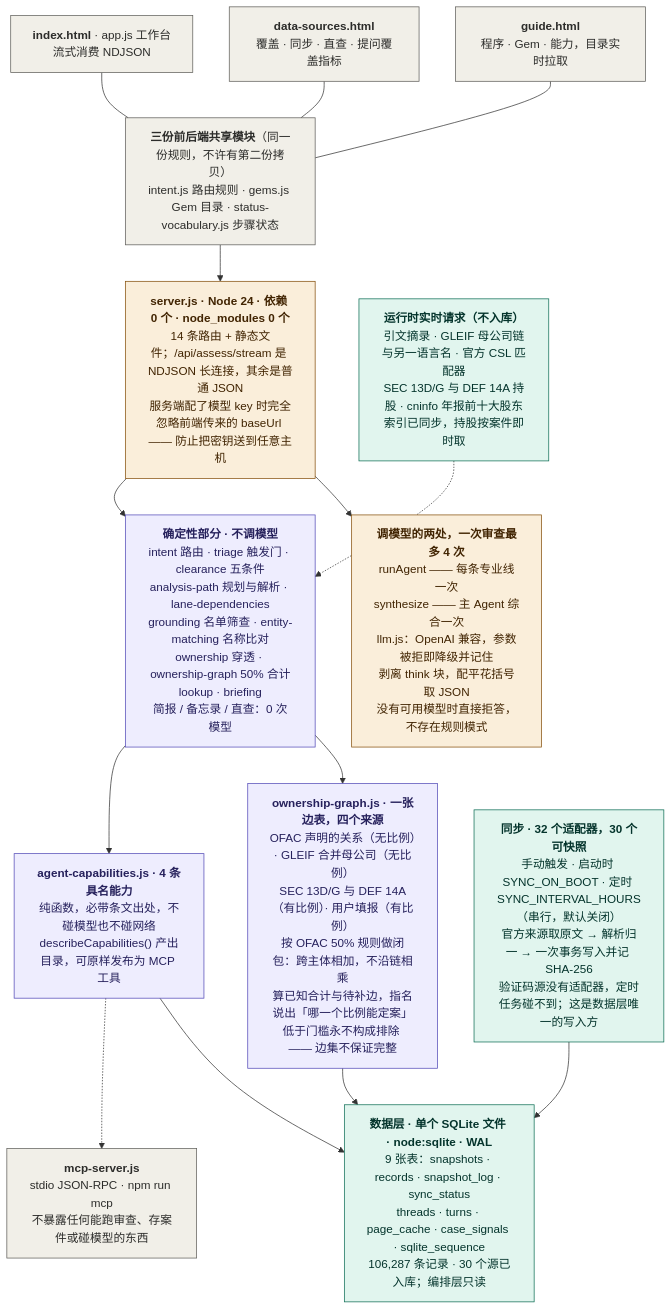
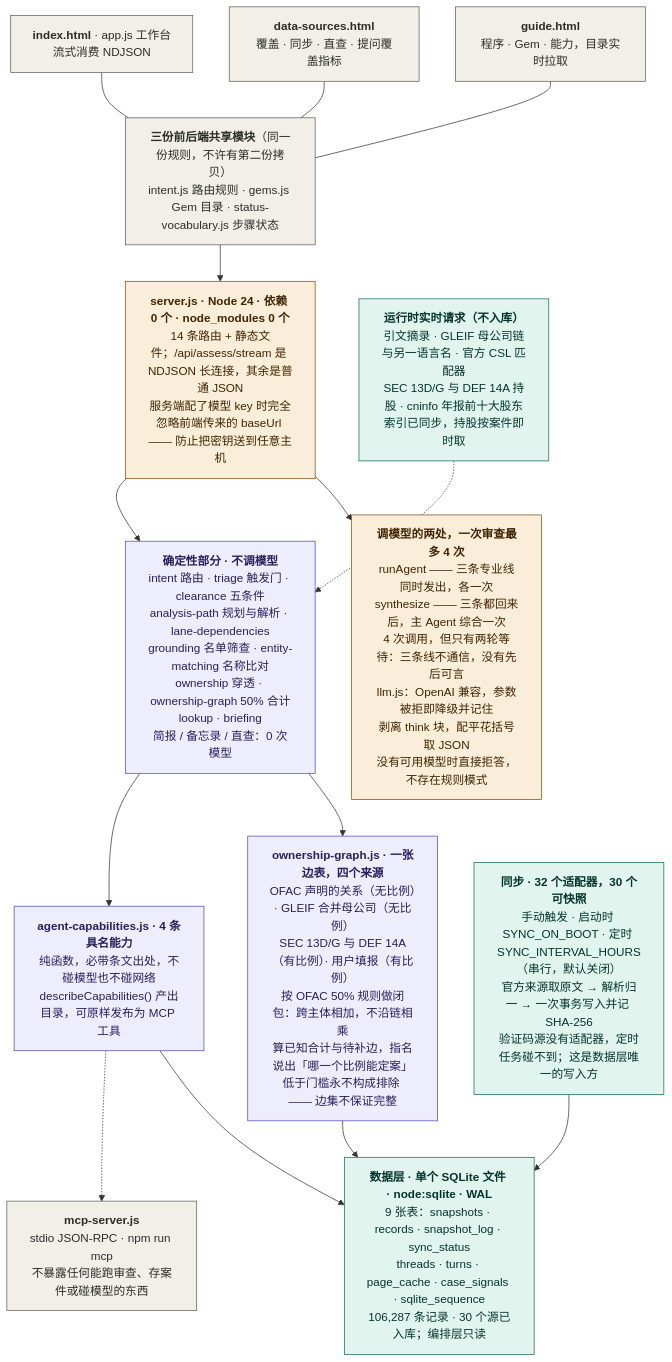
Before and after one commit to strangeromo-cloud/compliance_hub: the diagram in diagrams/2-技术架构.mmd, drawn with Mermaid. The commit also changed 7 other files, not shown here.

```diff
--- a/diagrams/2-技术架构.mmd
+++ b/diagrams/2-技术架构.mmd
@@ -1,47 +1,47 @@
 flowchart TD
 
 B1["<b>index.html</b> · app.js 工作台<br/>流式消费 NDJSON"]
 B2["<b>data-sources.html</b><br/>覆盖 · 同步 · 直查 · 提问覆盖指标"]
 B3["<b>guide.html</b><br/>程序 · Gem · 能力，目录实时拉取"]
 
 SH["<b>三份前后端共享模块</b>（同一份规则，不许有第二份拷贝）<br/>intent.js 路由规则 · gems.js Gem 目录 · status-vocabulary.js 步骤状态"]
 
 B1 --- SH
 B2 --- SH
 B3 --- SH
 
 SH --> SRV["<b>server.js · Node 24 · 依赖 0 个 · node_modules 0 个</b><br/>14 条路由 + 静态文件；/api/assess/stream 是 NDJSON 长连接，其余是普通 JSON<br/>服务端配了模型 key 时完全忽略前端传来的 baseUrl —— 防止把密钥送到任意主机"]
 
 SRV --> DET["<b>确定性部分 · 不调模型</b><br/>intent 路由 · triage 触发门 · clearance 五条件<br/>analysis-path 规划与解析 · lane-dependencies<br/>grounding 名单筛查 · entity-matching 名称比对<br/>ownership 穿透 · ownership-graph 50% 合计<br/>lookup · briefing<br/>简报 / 备忘录 / 直查：0 次模型"]
 
-SRV --> LLM["<b>调模型的两处，一次审查最多 4 次</b><br/>runAgent —— 每条专业线一次<br/>synthesize —— 主 Agent 综合一次<br/>llm.js：OpenAI 兼容，参数被拒即降级并记住<br/>剥离 think 块，配平花括号取 JSON<br/>没有可用模型时直接拒答，不存在规则模式"]
+SRV --> LLM["<b>调模型的两处，一次审查最多 4 次</b><br/>runAgent —— 三条专业线同时发出，各一次<br/>synthesize —— 三条都回来后，主 Agent 综合一次<br/>4 次调用，但只有两轮等待：三条线不通信，没有先后可言<br/>llm.js：OpenAI 兼容，参数被拒即降级并记住<br/>剥离 think 块，配平花括号取 JSON<br/>没有可用模型时直接拒答，不存在规则模式"]
 
 DET --> CAP["<b>agent-capabilities.js · 4 条具名能力</b><br/>纯函数，必带条文出处，不碰模型也不碰网络<br/>describeCapabilities() 产出目录，可原样发布为 MCP 工具"]
 
 CAP -.-> MCP["<b>mcp-server.js</b><br/>stdio JSON-RPC · npm run mcp<br/>不暴露任何能跑审查、存案件或碰模型的东西"]
 
 OWN["<b>ownership-graph.js · 一张边表，四个来源</b><br/>OFAC 声明的关系（无比例）· GLEIF 合并母公司（无比例）<br/>SEC 13D/G 与 DEF 14A（有比例）· 用户填报（有比例）<br/>按 OFAC 50% 规则做闭包：跨主体相加，不沿链相乘<br/>算已知合计与待补边，指名说出「哪一个比例能定案」<br/>低于门槛永不构成排除 —— 边集不保证完整"]
 
 DET --> OWN
 OWN --> DB
 
 CAP --> DB["<b>数据层 · 单个 SQLite 文件 · node:sqlite · WAL</b><br/>9 张表：snapshots · records · snapshot_log · sync_status<br/>threads · turns · page_cache · case_signals · sqlite_sequence<br/>106,287 条记录 · 30 个源已入库；编排层只读"]
 
 SYNC["<b>同步 · 32 个适配器，30 个可快照</b><br/>手动触发 · 启动时 SYNC_ON_BOOT · 定时 SYNC_INTERVAL_HOURS（串行，默认关闭）<br/>官方来源取原文 → 解析归一 → 一次事务写入并记 SHA-256<br/>验证码源没有适配器，定时任务碰不到；这是数据层唯一的写入方"]
 
 SYNC --> DB
 
 LIVE["<b>运行时实时请求（不入库）</b><br/>引文摘录 · GLEIF 母公司链与另一语言名 · 官方 CSL 匹配器<br/>SEC 13D/G 与 DEF 14A 持股 · cninfo 年报前十大股东<br/>索引已同步，持股按案件即时取"]
 LIVE -.-> DET
 
 classDef master fill:#FAEEDA,stroke:#854F0B,stroke-width:1px,color:#412402
 classDef agent  fill:#EEEDFE,stroke:#534AB7,stroke-width:1px,color:#26215C
 classDef plain  fill:#F1EFE8,stroke:#5F5E5A,stroke-width:1px,color:#2C2C2A
 classDef data   fill:#E1F5EE,stroke:#0F6E56,stroke-width:1px,color:#04342C
 
 class SRV master
 class LLM master
 class DET,CAP agent
 class B1,B2,B3,SH,MCP plain
 class DB,SYNC,LIVE data
 class OWN agent
```
